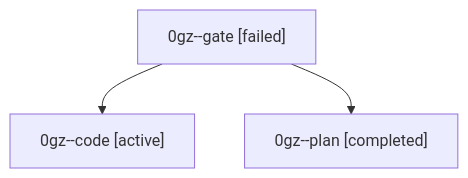
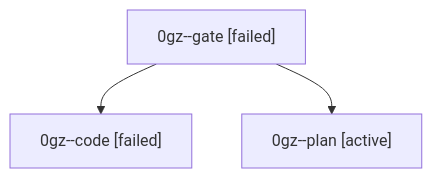
One commit to sase-org/sase--agents changed the diagram in families/bbugyi200.athena.0gz.md. Above: the diagram before and after it, drawn with Mermaid. The commit also changed other lines of this file and 35830 other files, not shown here.

````diff
--- a/families/bbugyi200.athena.0gz.md
+++ b/families/bbugyi200.athena.0gz.md
@@ -9,8 +9,8 @@
 ```mermaid
 flowchart TD
   n0["0gz--gate [failed]"]
-  n1["0gz--code [active]"]
+  n1["0gz--code [failed]"]
   n0 --> n1
-  n2["0gz--plan [completed]"]
+  n2["0gz--plan [active]"]
   n0 --> n2
 ```
````
